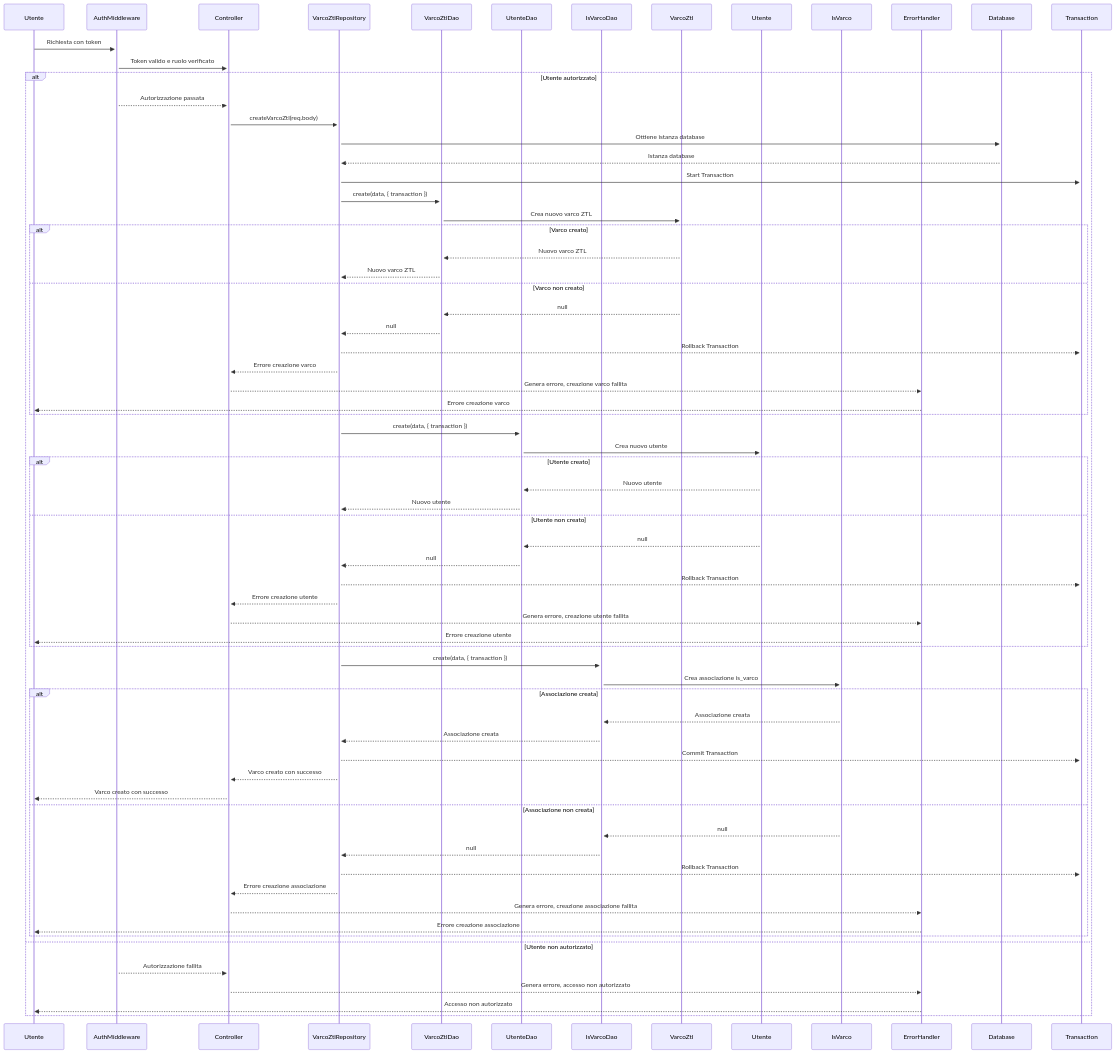
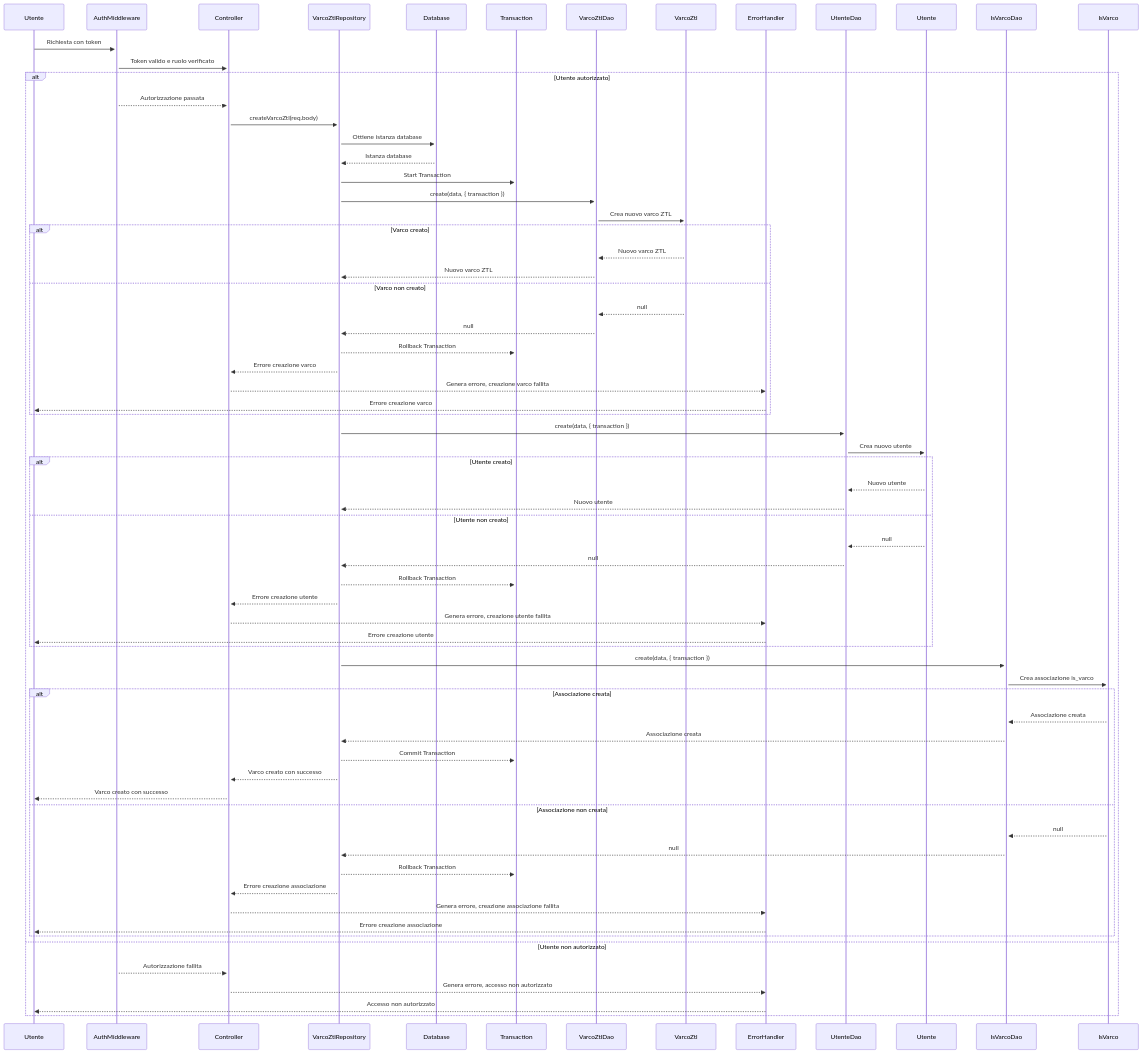
One commit to Arianna6400/Adv_Prog changed the sixth of 12 diagrams in README.md. Above: the diagram before and after it, drawn with Mermaid. The commit also changed other lines of this file, not shown here.

````diff
--- a/README.md
+++ b/README.md
@@ -357,72 +357,72 @@
 ```mermaid
 sequenceDiagram
     participant U as Utente
     participant Auth as AuthMiddleware
     participant C as Controller
     participant R as VarcoZtlRepository
-    participant DAO_VZ as VarcoZtlDao
-    participant DAO_U as UtenteDao
-    participant DAO_IV as IsVarcoDao
-    participant VZ as VarcoZtl
-    participant UTE as Utente
-    participant IV as IsVarco
-    participant Err as ErrorHandler
     participant DB as Database
     participant TR as Transaction
-
+    participant DAO_VZ as VarcoZtlDao
+    participant VZ as VarcoZtl
+    participant Err as ErrorHandler
+    participant DAO_U as UtenteDao
+    participant UTE as Utente
+    participant DAO_IV as IsVarcoDao
+    participant IV as IsVarco
+    
     U->>+Auth: Richiesta con token
     Auth->>+C: Token valido e ruolo verificato
     alt Utente autorizzato
         Auth-->>C: Autorizzazione passata
         C->>+R: createVarcoZtl(req.body)
         R->>+DB: Ottiene istanza database
         DB-->>R: Istanza database
         R->>+TR: Start Transaction
         R->>+DAO_VZ: create(data, { transaction })
         DAO_VZ->>+VZ: Crea nuovo varco ZTL
         alt Varco creato
             VZ-->>DAO_VZ: Nuovo varco ZTL
             DAO_VZ-->>R: Nuovo varco ZTL
         else Varco non creato
             VZ-->>DAO_VZ: null
             DAO_VZ-->>R: null
             R-->>TR: Rollback Transaction
             R-->>C: Errore creazione varco
             C-->>Err: Genera errore, creazione varco fallita
             Err-->>U: Errore creazione varco
         end
         R->>+DAO_U: create(data, { transaction })
         DAO_U->>+UTE: Crea nuovo utente
         alt Utente creato
             UTE-->>DAO_U: Nuovo utente
             DAO_U-->>R: Nuovo utente
         else Utente non creato
             UTE-->>DAO_U: null
             DAO_U-->>R: null
             R-->>TR: Rollback Transaction
             R-->>C: Errore creazione utente
             C-->>Err: Genera errore, creazione utente fallita
             Err-->>U: Errore creazione utente
         end
         R->>+DAO_IV: create(data, { transaction })
         DAO_IV->>+IV: Crea associazione is_varco
         alt Associazione creata
             IV-->>DAO_IV: Associazione creata
             DAO_IV-->>R: Associazione creata
             R-->>TR: Commit Transaction
             R-->>C: Varco creato con successo
             C-->>U: Varco creato con successo
         else Associazione non creata
             IV-->>DAO_IV: null
             DAO_IV-->>R: null
             R-->>TR: Rollback Transaction
             R-->>C: Errore creazione associazione
             C-->>Err: Genera errore, creazione associazione fallita
             Err-->>U: Errore creazione associazione
         end
     else Utente non autorizzato
         Auth-->>C: Autorizzazione fallita
         C-->>Err: Genera errore, accesso non autorizzato
         Err-->>U: Accesso non autorizzato
     end
 ```
````
